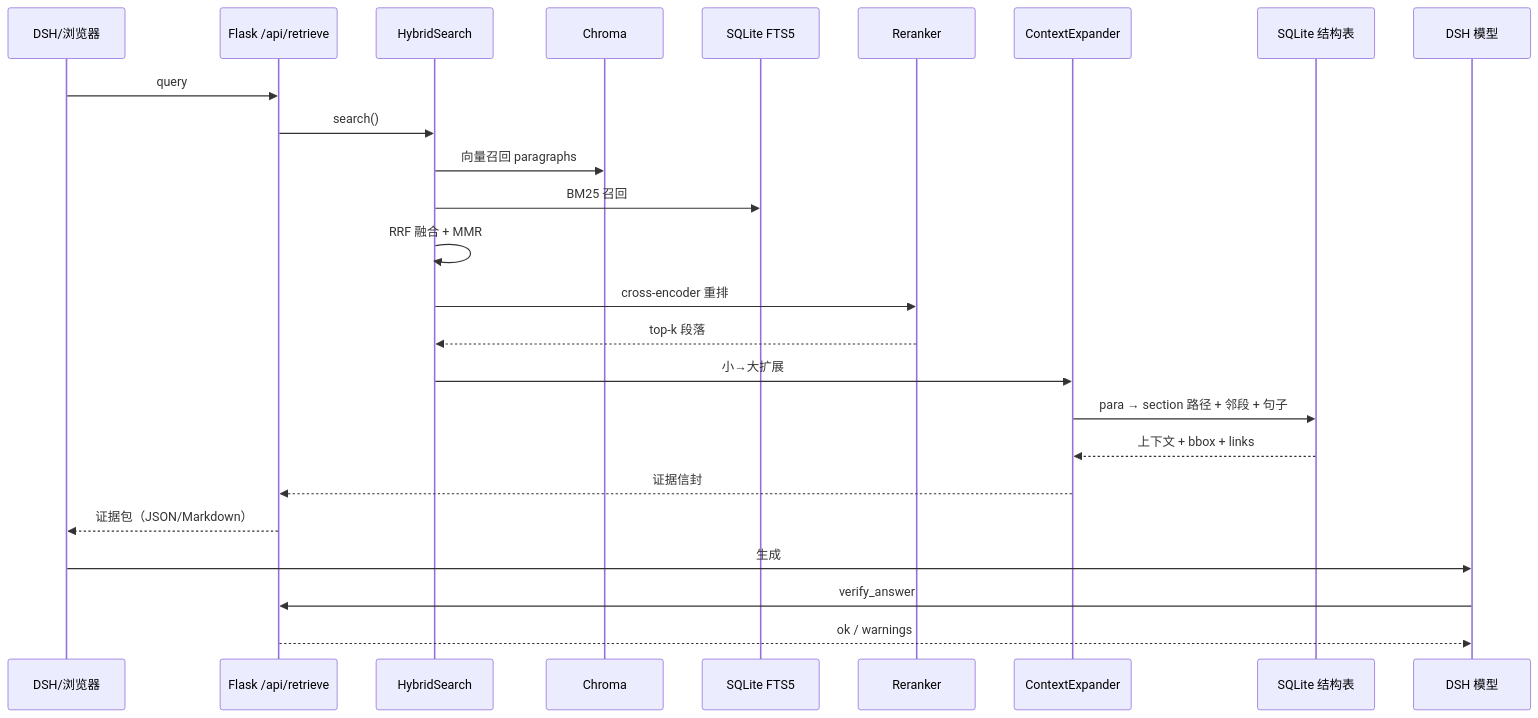
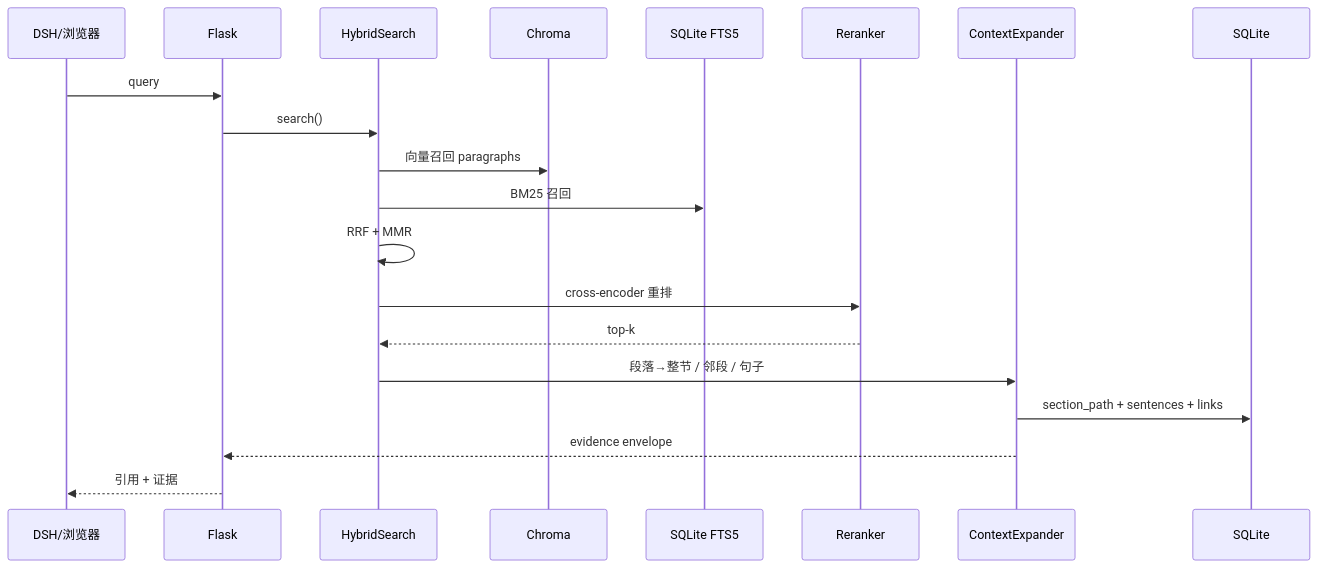
The second of 3 diagrams in docs/架构与路由图.md (williamchen520/sci-pal), drawn with Mermaid before and after one commit. The commit also changed other lines of this file and 2 other files, not shown here.

````diff
--- a/docs/架构与路由图.md
+++ b/docs/架构与路由图.md
@@ -91,29 +180,23 @@
 ```mermaid
-%%{init: {"flowchart": {"curve": "basis"}}}%%
 sequenceDiagram
   participant U as DSH/浏览器
-  participant API as Flask /api/retrieve
+  participant API as Flask
   participant HS as HybridSearch
   participant CH as Chroma
   participant FTS as SQLite FTS5
   participant RR as Reranker
   participant CE as ContextExpander
-  participant DB as SQLite 结构表
-  participant LLM as DSH 模型
+  participant DB as SQLite
 
   U->>API: query
   API->>HS: search()
   HS->>CH: 向量召回 paragraphs
   HS->>FTS: BM25 召回
-  HS->>HS: RRF 融合 + MMR
+  HS->>HS: RRF + MMR
   HS->>RR: cross-encoder 重排
-  RR-->>HS: top-k 段落
-  HS->>CE: 小→大扩展
-  CE->>DB: para → section 路径 + 邻段 + 句子
-  DB-->>CE: 上下文 + bbox + links
-  CE-->>API: 证据信封
-  API-->>U: 证据包（JSON/Markdown）
-  U->>LLM: 生成
-  LLM->>API: verify_answer
-  API-->>LLM: ok / warnings
+  RR-->>HS: top-k
+  HS->>CE: 段落→整节 / 邻段 / 句子
+  CE->>DB: section_path + sentences + links
+  CE-->>API: evidence envelope
+  API-->>U: 引用 + 证据
 ```
````
